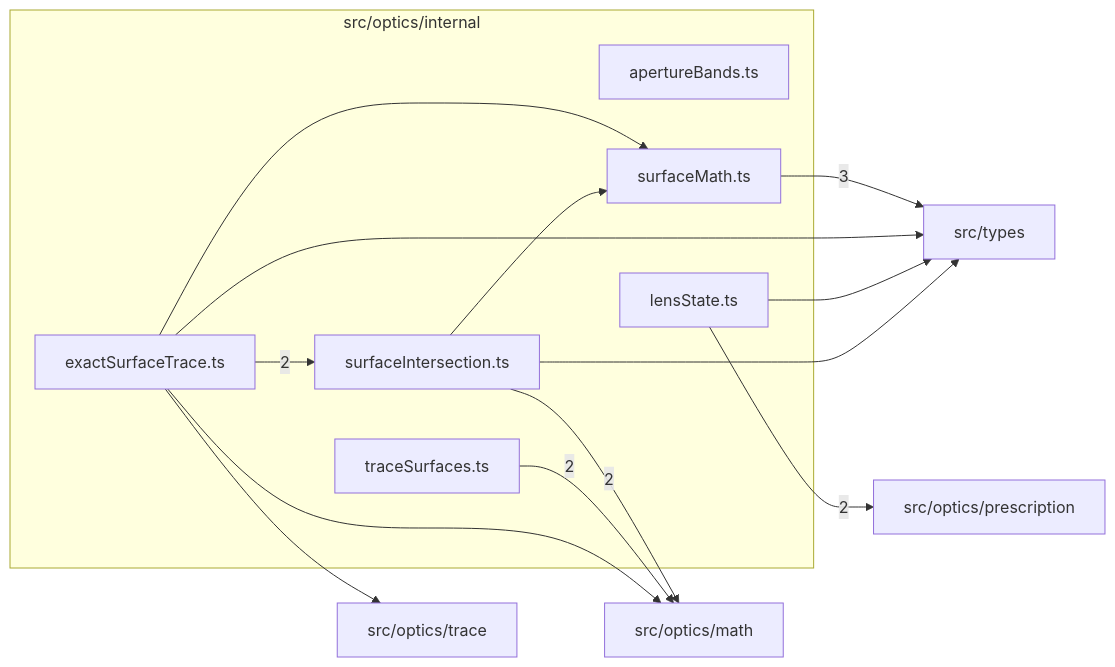
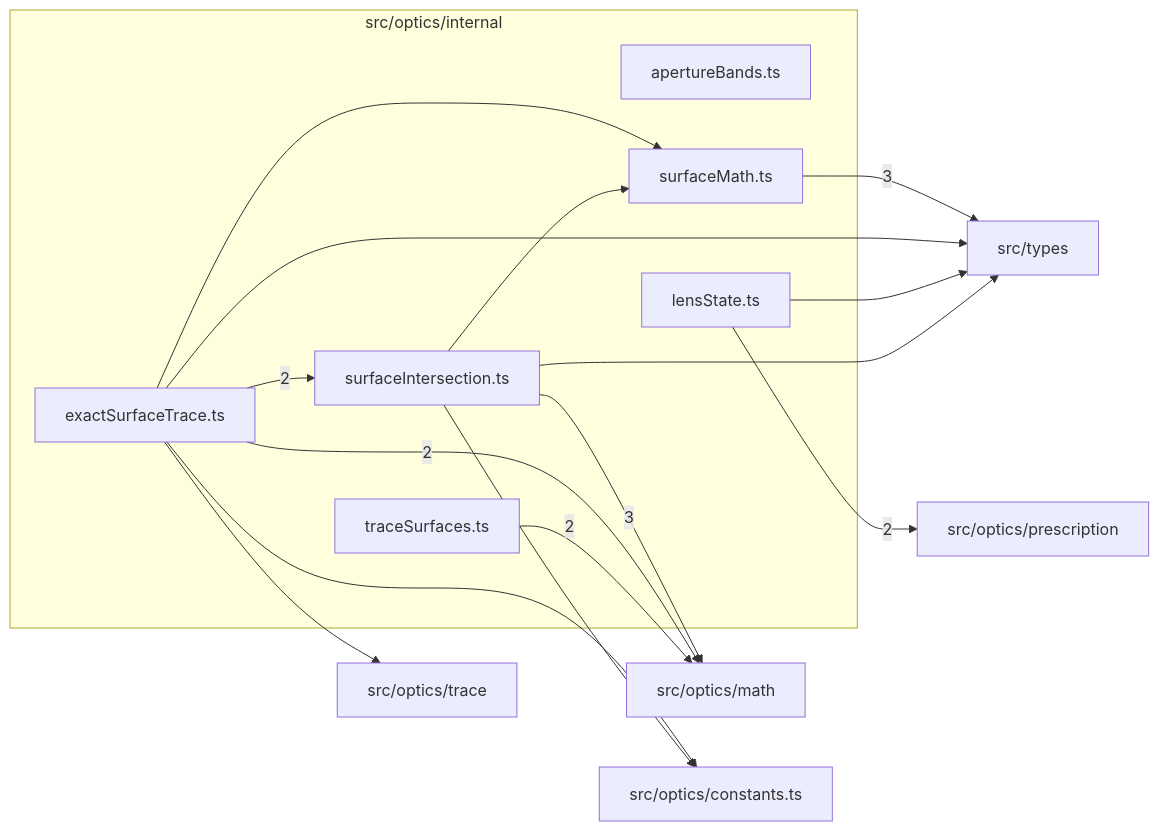
The diagram in src/optics/internal/readme.md (ronbuening/LensVisualizer), drawn with Mermaid before and after one commit. The commit also changed other lines of this file and 24 other files, not shown here.

````diff
--- a/src/optics/internal/readme.md
+++ b/src/optics/internal/readme.md
@@ -9,27 +9,30 @@
 ```mermaid
 flowchart LR
   subgraph n_src_optics_internal["src/optics/internal"]
     n_src_optics_internal_src_optics_internal_apertureBands_ts["apertureBands.ts"]
     n_src_optics_internal_src_optics_internal_exactSurfaceTrace_ts["exactSurfaceTrace.ts"]
     n_src_optics_internal_src_optics_internal_lensState_ts["lensState.ts"]
     n_src_optics_internal_src_optics_internal_surfaceIntersection_ts["surfaceIntersection.ts"]
     n_src_optics_internal_src_optics_internal_surfaceMath_ts["surfaceMath.ts"]
     n_src_optics_internal_src_optics_internal_traceSurfaces_ts["traceSurfaces.ts"]
   end
+  n_external_src_optics_math["src/optics/math"]
   n_external_src_types["src/types"]
-  n_external_src_optics_math["src/optics/math"]
   n_external_src_optics_prescription["src/optics/prescription"]
+  n_external_src_optics_constants_ts["src/optics/constants.ts"]
   n_external_src_optics_trace["src/optics/trace"]
+  n_src_optics_internal_src_optics_internal_surfaceIntersection_ts --> |3| n_external_src_optics_math
   n_src_optics_internal_src_optics_internal_surfaceMath_ts --> |3| n_external_src_types
-  n_src_optics_internal_src_optics_internal_surfaceIntersection_ts --> |2| n_external_src_optics_math
+  n_src_optics_internal_src_optics_internal_exactSurfaceTrace_ts --> |2| n_external_src_optics_math
   n_src_optics_internal_src_optics_internal_traceSurfaces_ts --> |2| n_external_src_optics_math
   n_src_optics_internal_src_optics_internal_lensState_ts --> |2| n_external_src_optics_prescription
   n_src_optics_internal_src_optics_internal_exactSurfaceTrace_ts --> |2| n_src_optics_internal_src_optics_internal_surfaceIntersection_ts
-  n_src_optics_internal_src_optics_internal_exactSurfaceTrace_ts --> n_external_src_optics_math
+  n_src_optics_internal_src_optics_internal_exactSurfaceTrace_ts --> n_external_src_optics_constants_ts
+  n_src_optics_internal_src_optics_internal_surfaceIntersection_ts --> n_external_src_optics_constants_ts
   n_src_optics_internal_src_optics_internal_exactSurfaceTrace_ts --> n_external_src_optics_trace
   n_src_optics_internal_src_optics_internal_exactSurfaceTrace_ts --> n_external_src_types
   n_src_optics_internal_src_optics_internal_lensState_ts --> n_external_src_types
   n_src_optics_internal_src_optics_internal_surfaceIntersection_ts --> n_external_src_types
   n_src_optics_internal_src_optics_internal_exactSurfaceTrace_ts --> n_src_optics_internal_src_optics_internal_surfaceMath_ts
   n_src_optics_internal_src_optics_internal_surfaceIntersection_ts --> n_src_optics_internal_src_optics_internal_surfaceMath_ts
 ```
````
